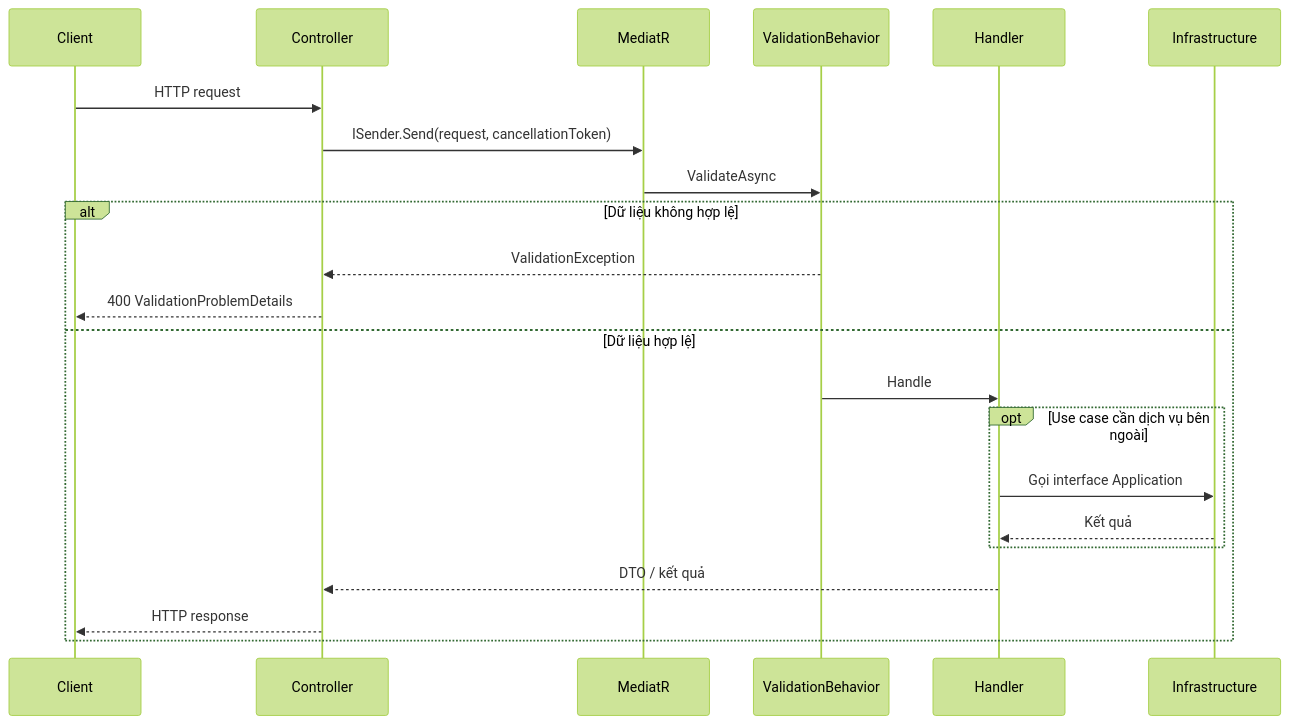
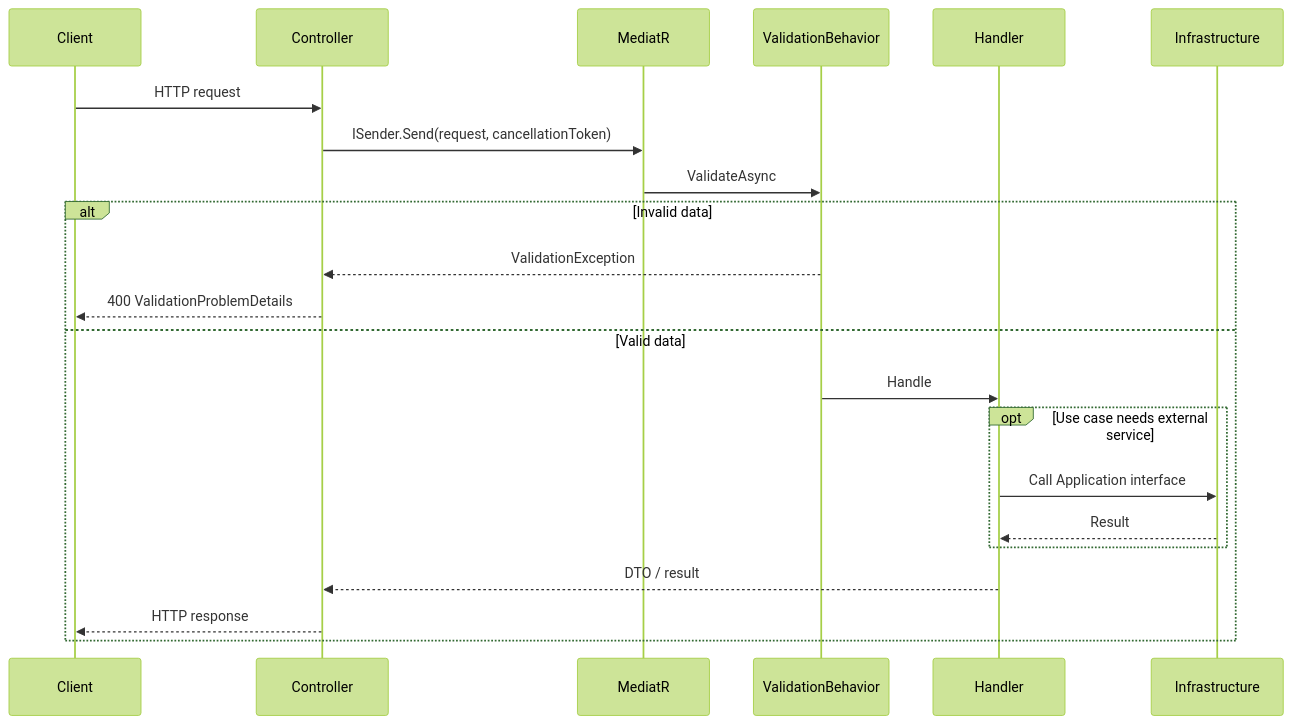
The second of 2 diagrams in docs/foundations/architecture.md (karasuma-2401/TOEICMaster-BE), drawn with Mermaid (forest theme) before and after one commit. The commit also changed other lines of this file and 168 other files, not shown here.

````diff
--- a/docs/foundations/architecture.md
+++ b/docs/foundations/architecture.md
@@ -30,24 +30,24 @@
 ```mermaid
 sequenceDiagram
     participant Client
     participant Api as Controller
     participant Mediator as MediatR
     participant Validation as ValidationBehavior
     participant Handler
     participant Adapter as Infrastructure
     Client->>Api: HTTP request
     Api->>Mediator: ISender.Send(request, cancellationToken)
     Mediator->>Validation: ValidateAsync
-    alt Dữ liệu không hợp lệ
+    alt Invalid data
         Validation-->>Api: ValidationException
         Api-->>Client: 400 ValidationProblemDetails
-    else Dữ liệu hợp lệ
+    else Valid data
         Validation->>Handler: Handle
-        opt Use case cần dịch vụ bên ngoài
-            Handler->>Adapter: Gọi interface Application
-            Adapter-->>Handler: Kết quả
+        opt Use case needs external service
+            Handler->>Adapter: Call Application interface
+            Adapter-->>Handler: Result
         end
-        Handler-->>Api: DTO / kết quả
+        Handler-->>Api: DTO / result
         Api-->>Client: HTTP response
     end
 ```
````
